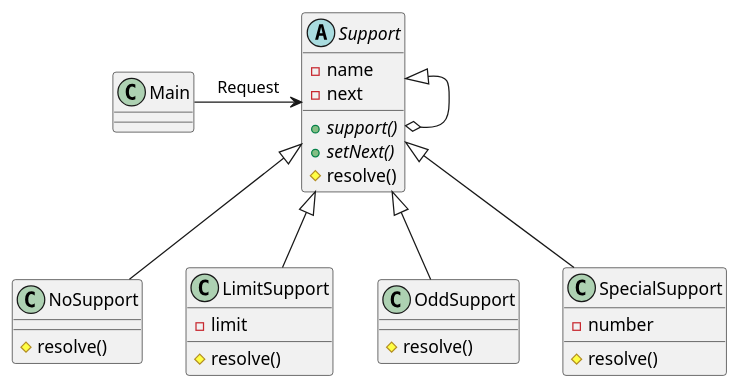
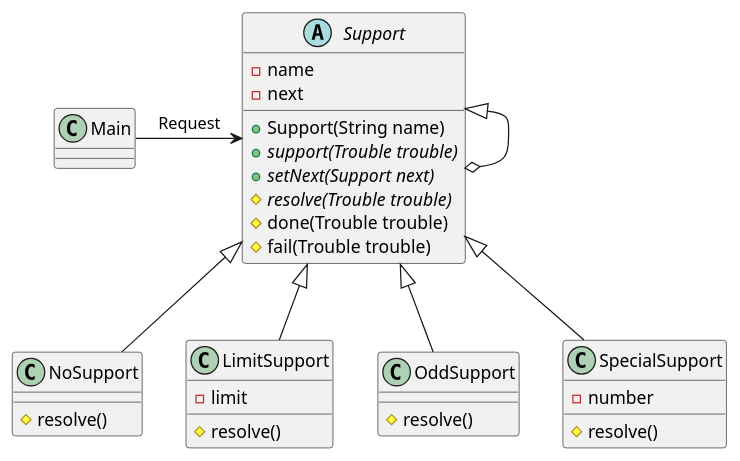
Before and after one commit to ku2ma2/design_pattern: the diagram in ChainOfResponsibility/README.md, drawn with PlantUML.

Commit message:
Improve README.md for ChainOfResponsibility

````diff
--- a/ChainOfResponsibility/README.md
+++ b/ChainOfResponsibility/README.md
@@ -4,45 +4,48 @@
 ```uml
 @startuml
 
 class Main {
 
 }
 
 abstract Support {
     -name
     -next
-    {abstract} +support()
-    {abstract} +setNext()
-    #resolve()
+    +Support(String name)
+    {abstract} +support(Trouble trouble)
+    {abstract} +setNext(Support next)
+    {abstract} #resolve(Trouble trouble)
+    #done(Trouble trouble)
+    #fail(Trouble trouble)
 }
 
 class NoSupport {
     #resolve()
 }
 
 class LimitSupport {
     -limit
     #resolve()
 }
 
 class OddSupport {
     #resolve()
 }
 
 class SpecialSupport {
     -number
     #resolve()
 }
 
 
 Main -right-> Support :Request
 Support o-up-|> Support
 
 NoSupport -up-|> Support
 LimitSupport -up-|> Support
 OddSupport -up-|> Support
 SpecialSupport -up-|> Support
 
 
 @enduml
 ```
````
